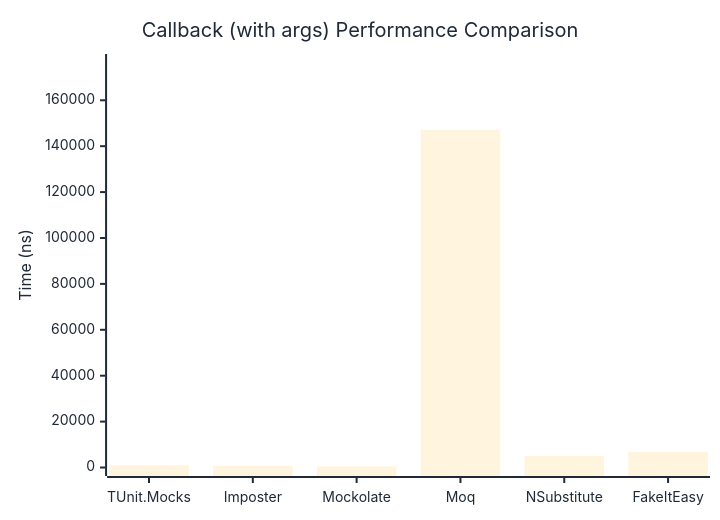
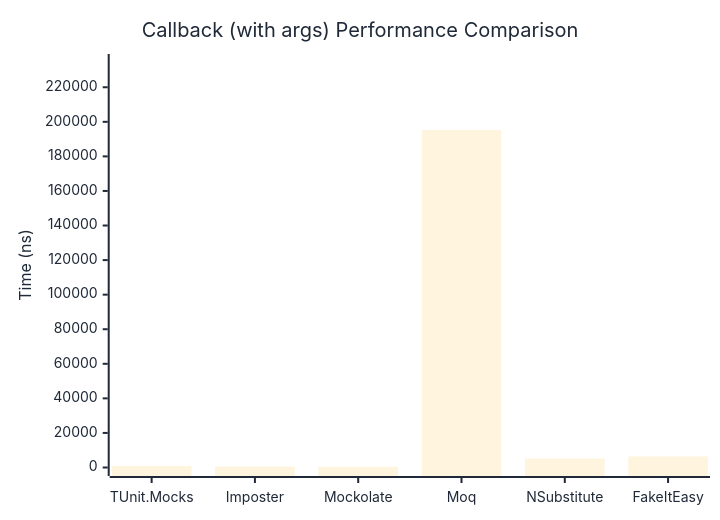
One commit to thomhurst/TUnit changed the second of 2 diagrams in docs/docs/benchmarks/mocks/Callback.md. Above: the diagram before and after it, drawn with Mermaid. The commit also changed other lines of this file and 14 other files, not shown here.

````diff
--- a/docs/docs/benchmarks/mocks/Callback.md
+++ b/docs/docs/benchmarks/mocks/Callback.md
@@ -71,27 +71,27 @@
 ```mermaid
 %%{init: {
   'theme':'base',
   'themeVariables': {
     'primaryColor': '#2563eb',
     'primaryTextColor': '#1f2937',
     'primaryBorderColor': '#1e40af',
     'lineColor': '#6b7280',
     'secondaryColor': '#7c3aed',
     'tertiaryColor': '#dc2626',
     'background': '#ffffff',
     'pie1': '#2563eb',
     'pie2': '#7c3aed',
     'pie3': '#dc2626',
     'pie4': '#f59e0b',
     'pie5': '#10b981',
     'pie6': '#06b6d4',
     'pie7': '#ec4899',
     'pie8': '#6366f1'
   }
 }}%%
 xychart-beta
   title "Callback (with args) Performance Comparison"
   x-axis ["TUnit.Mocks", "Imposter", "Mockolate", "Moq", "NSubstitute", "FakeItEasy"]
-  y-axis "Time (ns)" 0 --> 176463
-  bar [962.7, 645.7, 503.2, 147052.5, 4989.9, 6818.3]
+  y-axis "Time (ns)" 0 --> 234321
+  bar [828.3, 568.6, 419.2, 195267.5, 5207.3, 6372]
 ```
````
